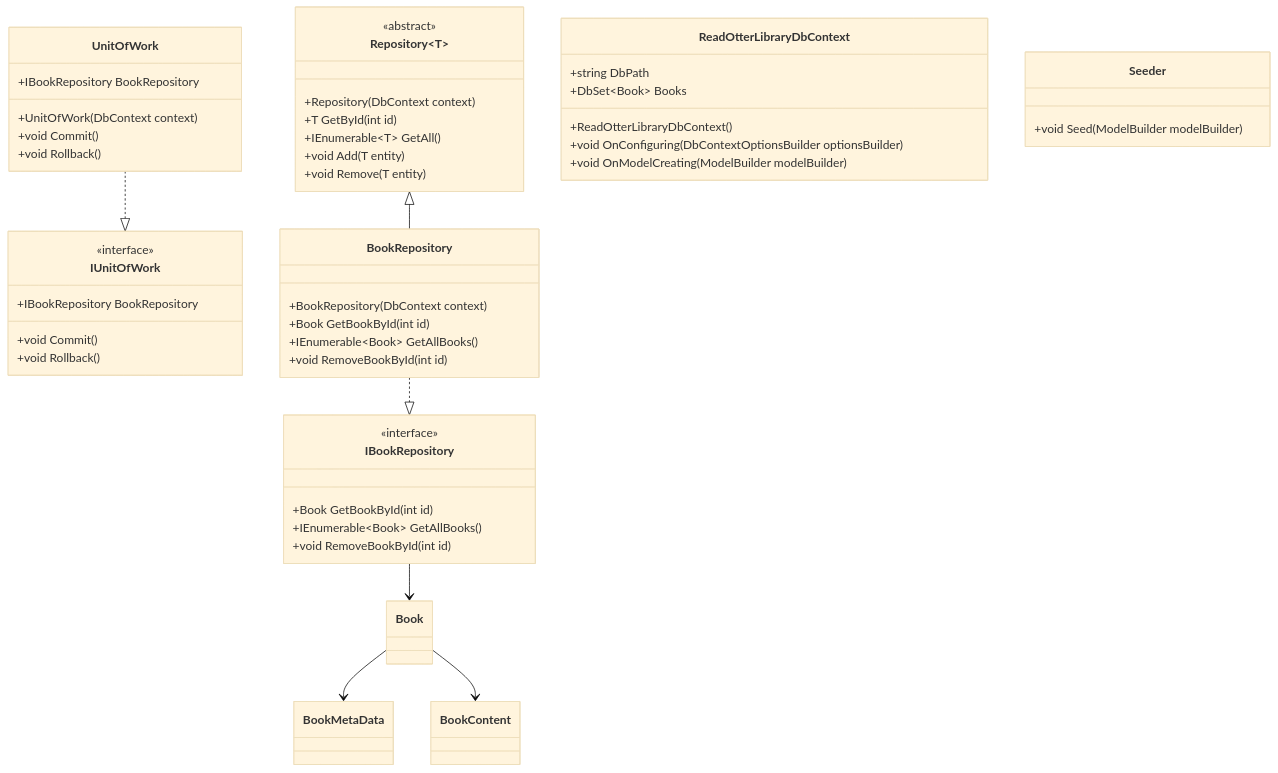
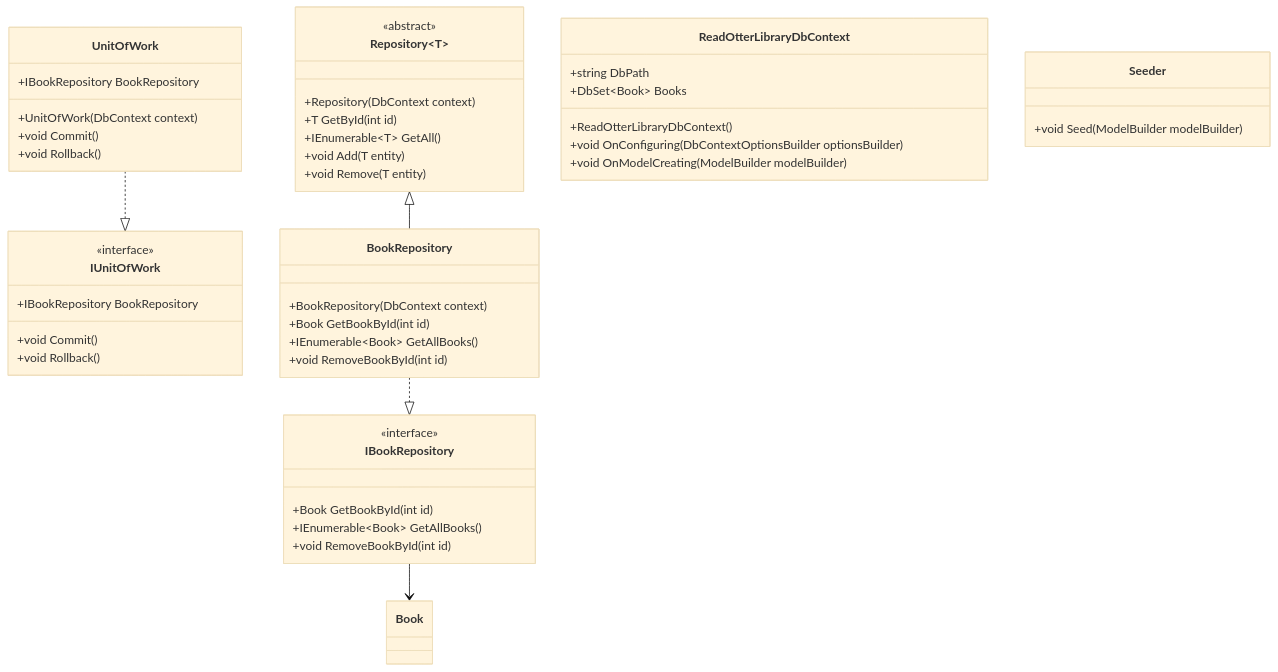
The second of 2 diagrams in README.md (JulianKirk/ReadOtter), drawn with Mermaid (base theme) before and after one commit.

Commit message:
more db model changes

````diff
--- a/README.md
+++ b/README.md
@@ -161,59 +161,57 @@
 ```mermaid
 classDiagram
 
 class IUnitOfWork {
     <<interface>>
     +void Commit()
     +void Rollback()
     +IBookRepository BookRepository
 }
 
 class UnitOfWork {
     +UnitOfWork(DbContext context)
     +void Commit()
     +void Rollback()
     +IBookRepository BookRepository
 }
 
 class IBookRepository {
     <<interface>>
     +Book GetBookById(int id)
     +IEnumerable~Book~ GetAllBooks()
     +void RemoveBookById(int id)
 }
 
 class BookRepository {
     +BookRepository(DbContext context)
     +Book GetBookById(int id)
     +IEnumerable~Book~ GetAllBooks()
     +void RemoveBookById(int id)
 }
 
 class Repository~T~ {
     <<abstract>>
     +Repository(DbContext context)
     +T GetById(int id)
     +IEnumerable~T~ GetAll()
     +void Add(T entity)
     +void Remove(T entity)
 }
 
 class ReadOtterLibraryDbContext {
     +string DbPath
     +DbSet~Book~ Books
     +ReadOtterLibraryDbContext()
     +void OnConfiguring(DbContextOptionsBuilder optionsBuilder)
     +void OnModelCreating(ModelBuilder modelBuilder)
 }
 
 class Seeder {
     +void Seed(ModelBuilder modelBuilder)
 }
 
 UnitOfWork ..|> IUnitOfWork
 BookRepository ..|> IBookRepository
 Repository~T~ <|-- BookRepository
 IBookRepository --> Book
-Book --> BookMetaData
-Book --> BookContent
 ```
````
